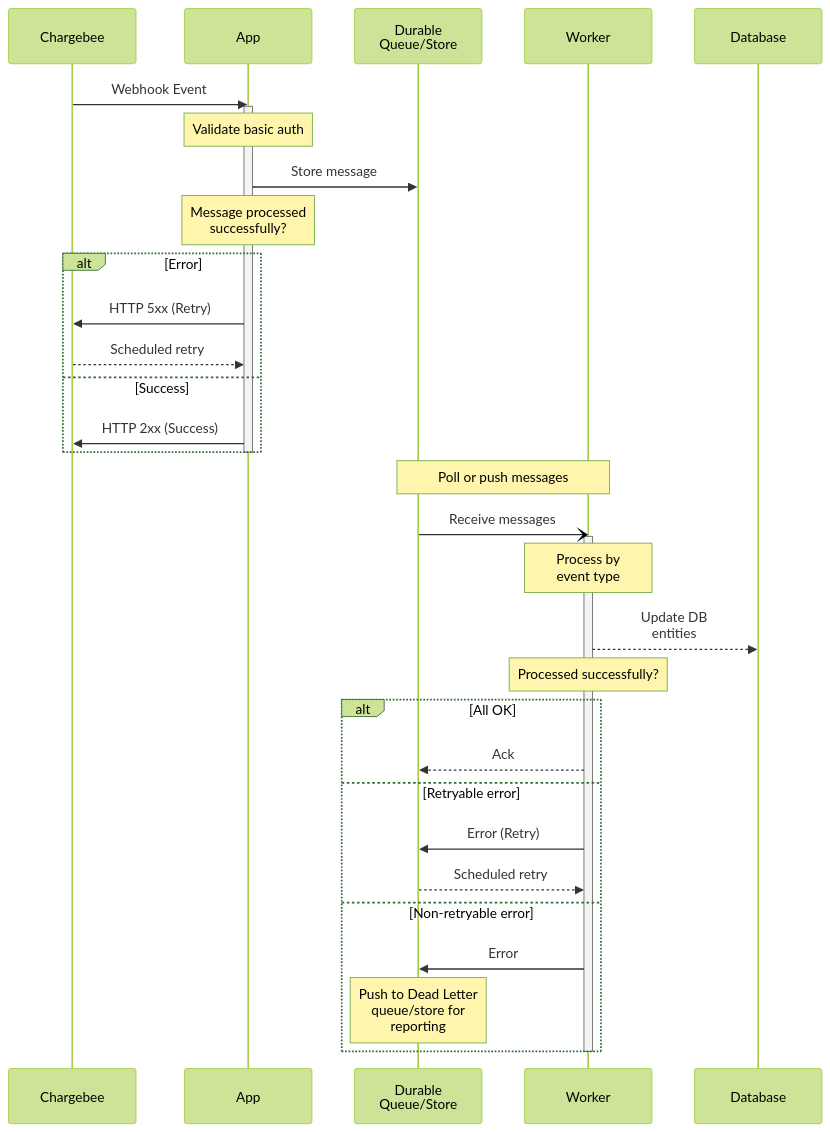
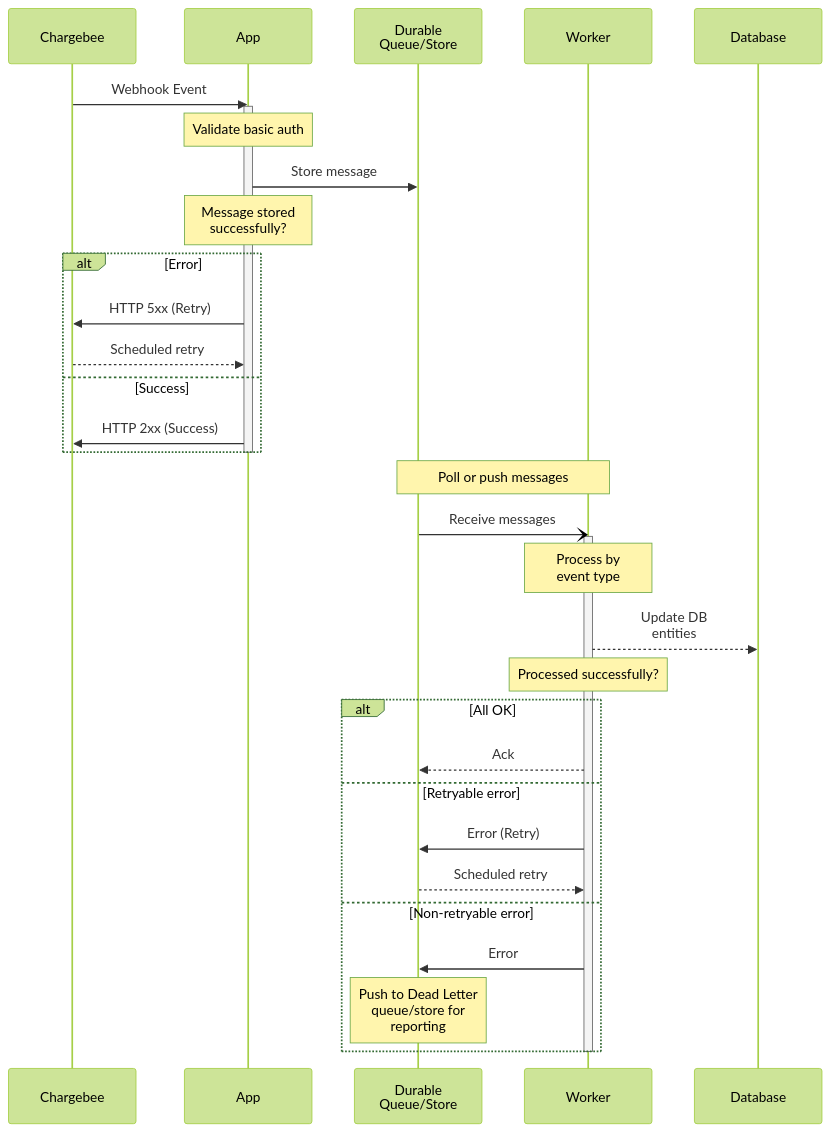
One commit to chargebee/reference-architecture changed the diagram in how-to/integrating-chargebee-webhooks.md. Above: the diagram before and after it, drawn with Mermaid (forest theme). The commit also changed other lines of this file and 5 other files, not shown here.

````diff
--- a/how-to/integrating-chargebee-webhooks.md
+++ b/how-to/integrating-chargebee-webhooks.md
@@ -12,38 +12,38 @@
 ```mermaid
 sequenceDiagram
     participant cb as Chargebee
     participant app as App
     participant queue as Durable <br>Queue/Store
     participant worker as Worker
     participant db as Database
 
     cb->>app: Webhook Event
     activate app
     note over app: Validate basic auth
     app->>queue: Store message
-    note over app: Message processed <br>successfully?
+    note over app: Message stored <br>successfully?
     alt Error
         app->>cb: HTTP 5xx (Retry)
         cb-->>app: Scheduled retry
     else Success
         app->>cb: HTTP 2xx (Success)
     end
     deactivate app
 
     note over queue,worker: Poll or push messages
     queue-)worker: Receive messages
     activate worker
     note over worker: Process by <br> event type
     worker-->>db: Update DB <br>entities
     note over worker: Processed successfully?
     alt All OK
         worker-->>queue: Ack
     else Retryable error
         worker->>queue: Error (Retry)
         queue-->>worker: Scheduled retry
     else Non-retryable error
         worker->>queue: Error
         note over queue: Push to Dead Letter<br>queue/store for <br>reporting
     end
     deactivate worker
 ```
````
